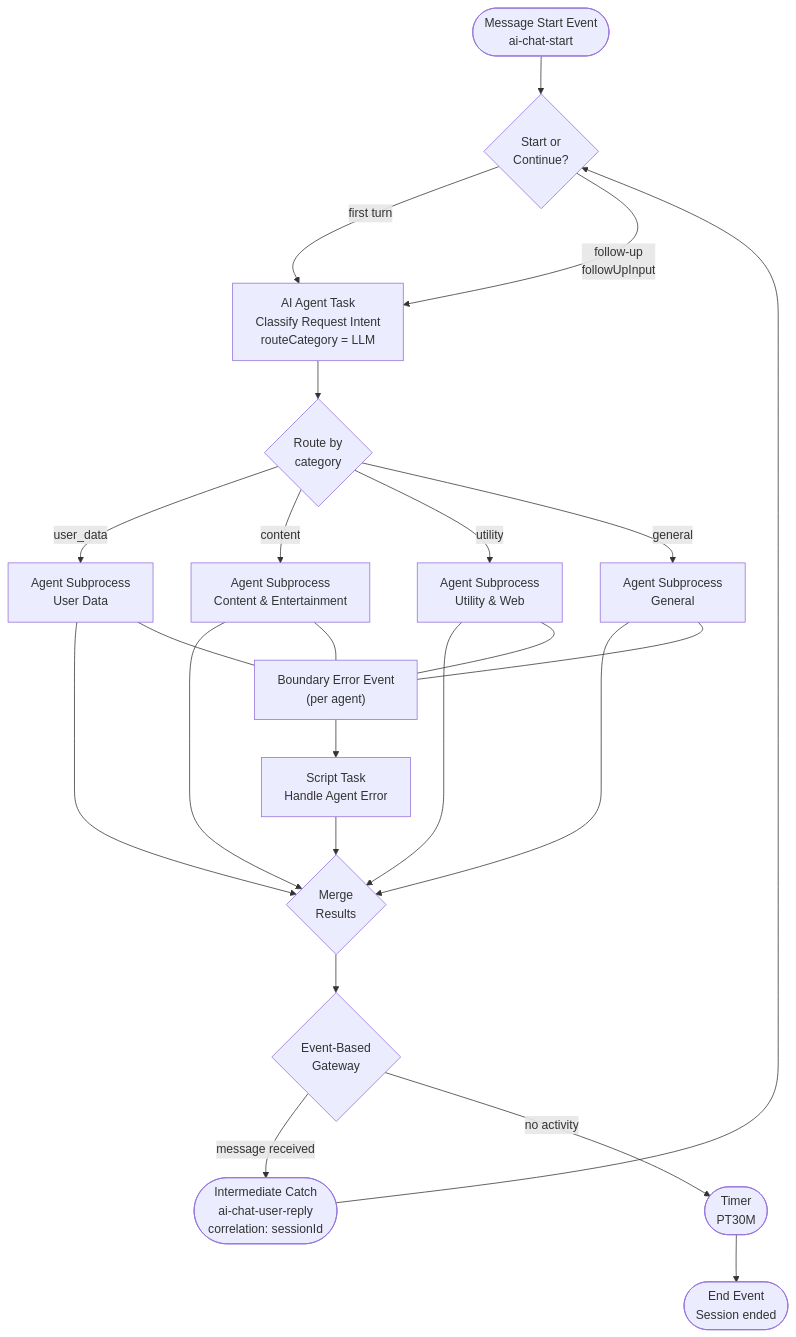
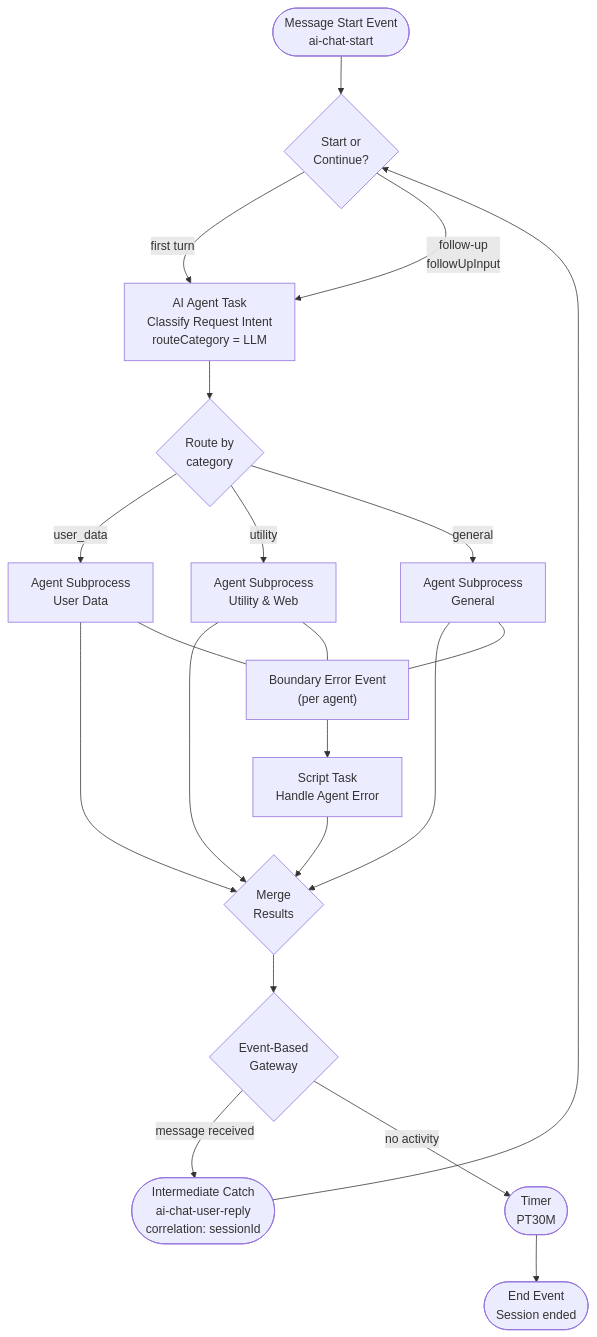
The second of 11 diagrams in DOCUMENTATION.md (Mostafa-Mahmoud818/AI-Agent-Chat-With-Tools), drawn with Mermaid before and after one commit. The commit also changed other lines of this file, not shown here.

````diff
--- a/DOCUMENTATION.md
+++ b/DOCUMENTATION.md
@@ -113,39 +115,35 @@
 ```mermaid
 flowchart TD
     Start(["Message Start Event\nai-chat-start"])
     GwStartCont{"Start or\nContinue?"}
     Classify["AI Agent Task\nClassify Request Intent\nrouteCategory = LLM"]
     GwRoute{"Route by\ncategory"}
     UserData["Agent Subprocess\nUser Data"]
-    Content["Agent Subprocess\nContent & Entertainment"]
     Utility["Agent Subprocess\nUtility & Web"]
     General["Agent Subprocess\nGeneral"]
     ErrBoundary["Boundary Error Event\n(per agent)"]
     HandleErr["Script Task\nHandle Agent Error"]
     GwMerge{"Merge\nResults"}
     GwWait{"Event-Based\nGateway"}
     MsgReply(["Intermediate Catch\nai-chat-user-reply\ncorrelation: sessionId"])
     Timer(["Timer\nPT30M"])
     EndTimeout(["End Event\nSession ended"])
 
     Start --> GwStartCont
     GwStartCont -->|"first turn"| Classify
     GwStartCont -->|"follow-up\nfollowUpInput"| Classify
     Classify --> GwRoute
     GwRoute -->|"user_data"| UserData
-    GwRoute -->|"content"| Content
     GwRoute -->|"utility"| Utility
     GwRoute -->|"general"| General
     UserData --> GwMerge
-    Content --> GwMerge
     Utility --> GwMerge
     General --> GwMerge
     UserData --- ErrBoundary
-    Content --- ErrBoundary
     Utility --- ErrBoundary
     General --- ErrBoundary
     ErrBoundary --> HandleErr --> GwMerge
     GwMerge --> GwWait
     GwWait -->|"message received"| MsgReply --> GwStartCont
     GwWait -->|"no activity"| Timer --> EndTimeout
 ```
````
